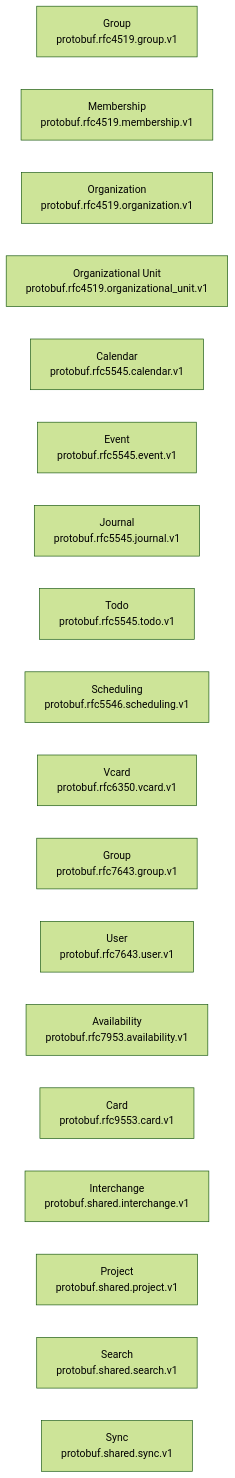
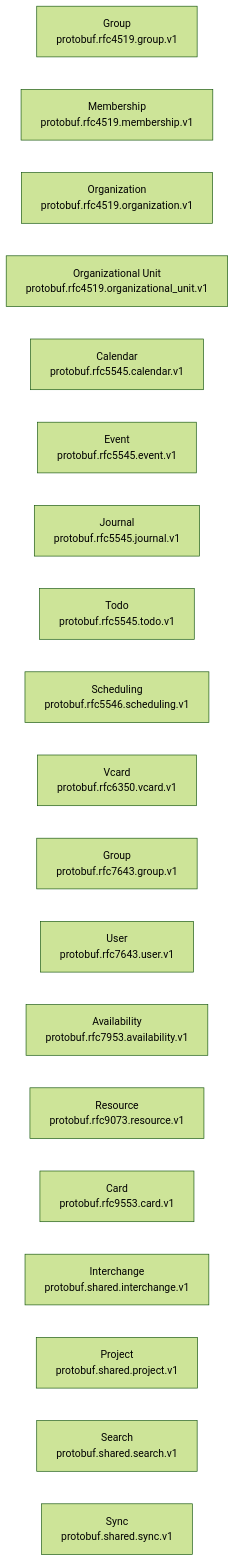
One commit to the-protobuf-project/protobuf-rfc changed the diagram in protobuf/README.md. Above: the diagram before and after it, drawn with Mermaid (forest theme). The commit also changed other lines of this file and 3 other files, not shown here.

````diff
--- a/protobuf/README.md
+++ b/protobuf/README.md
@@ -36,22 +37,23 @@
 ```mermaid
 graph LR
     protobuf_rfc4519_group_v1["Group<br/>protobuf.rfc4519.group.v1"]
     protobuf_rfc4519_membership_v1["Membership<br/>protobuf.rfc4519.membership.v1"]
     protobuf_rfc4519_organization_v1["Organization<br/>protobuf.rfc4519.organization.v1"]
     protobuf_rfc4519_organizational_unit_v1["Organizational Unit<br/>protobuf.rfc4519.organizational_unit.v1"]
     protobuf_rfc5545_calendar_v1["Calendar<br/>protobuf.rfc5545.calendar.v1"]
     protobuf_rfc5545_event_v1["Event<br/>protobuf.rfc5545.event.v1"]
     protobuf_rfc5545_journal_v1["Journal<br/>protobuf.rfc5545.journal.v1"]
     protobuf_rfc5545_todo_v1["Todo<br/>protobuf.rfc5545.todo.v1"]
     protobuf_rfc5546_scheduling_v1["Scheduling<br/>protobuf.rfc5546.scheduling.v1"]
     protobuf_rfc6350_vcard_v1["Vcard<br/>protobuf.rfc6350.vcard.v1"]
     protobuf_rfc7643_group_v1["Group<br/>protobuf.rfc7643.group.v1"]
     protobuf_rfc7643_user_v1["User<br/>protobuf.rfc7643.user.v1"]
     protobuf_rfc7953_availability_v1["Availability<br/>protobuf.rfc7953.availability.v1"]
+    protobuf_rfc9073_resource_v1["Resource<br/>protobuf.rfc9073.resource.v1"]
     protobuf_rfc9553_card_v1["Card<br/>protobuf.rfc9553.card.v1"]
     protobuf_shared_interchange_v1["Interchange<br/>protobuf.shared.interchange.v1"]
     protobuf_shared_project_v1["Project<br/>protobuf.shared.project.v1"]
     protobuf_shared_search_v1["Search<br/>protobuf.shared.search.v1"]
     protobuf_shared_sync_v1["Sync<br/>protobuf.shared.sync.v1"]
     %% no local cross-module imports
 ```
````
